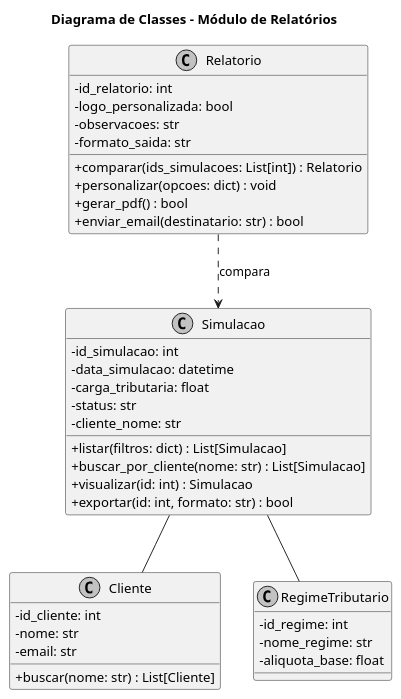
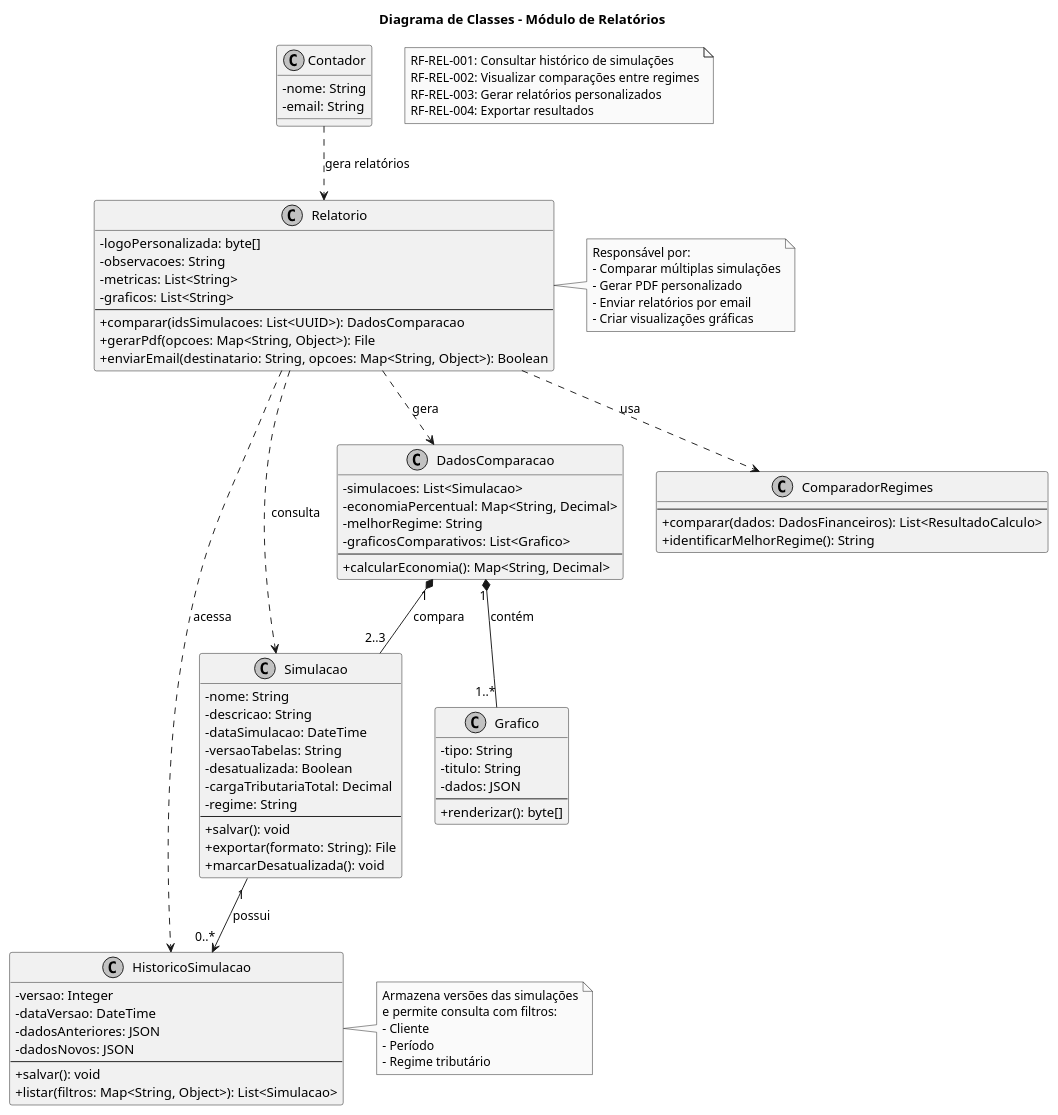
The diagram in specs/diagrams/classes/diagrama_modulos_relatorio.puml (araujofs/sst), drawn with PlantUML before and after one commit. The commit also changed 6 other files, not shown here.

Commit message:
feat: corrige diagramas de gabriel

```diff
--- a/specs/diagrams/classes/diagrama_modulos_relatorio.puml
+++ b/specs/diagrams/classes/diagrama_modulos_relatorio.puml
@@ -1,47 +1,103 @@
 @startuml
 skinparam classAttributeIconSize 0
 skinparam monochrome true
 
 title Diagrama de Classes - Módulo de Relatórios
 
-class Cliente {
-    - id_cliente: int
-    - nome: str
-    - email: str
-    + buscar(nome: str) : List[Cliente]
-}
+note as N1
+  RF-REL-001: Consultar histórico de simulações
+  RF-REL-002: Visualizar comparações entre regimes
+  RF-REL-003: Gerar relatórios personalizados
+  RF-REL-004: Exportar resultados
+end note
 
-class RegimeTributario {
-    - id_regime: int
-    - nome_regime: str
-    - aliquota_base: float
+class Contador {
+    - nome: String
+    - email: String
 }
 
 class Simulacao {
-    - id_simulacao: int
-    - data_simulacao: datetime
-    - carga_tributaria: float
-    - status: str
-    - cliente_nome: str
-    + listar(filtros: dict) : List[Simulacao]
-    + buscar_por_cliente(nome: str) : List[Simulacao]
-    + visualizar(id: int) : Simulacao
-    + exportar(id: int, formato: str) : bool
+    - nome: String
+    - descricao: String
+    - dataSimulacao: DateTime
+    - versaoTabelas: String
+    - desatualizada: Boolean
+    - cargaTributariaTotal: Decimal
+    - regime: String
+    --
+    + salvar(): void
+    + exportar(formato: String): File
+    + marcarDesatualizada(): void
+}
+
+class HistoricoSimulacao {
+    - versao: Integer
+    - dataVersao: DateTime
+    - dadosAnteriores: JSON
+    - dadosNovos: JSON
+    --
+    + salvar(): void
+    + listar(filtros: Map<String, Object>): List<Simulacao>
 }
 
 class Relatorio {
-    - id_relatorio: int
-    - logo_personalizada: bool
-    - observacoes: str
-    - formato_saida: str
-    + comparar(ids_simulacoes: List[int]) : Relatorio
-    + personalizar(opcoes: dict) : void
-    + gerar_pdf() : bool
-    + enviar_email(destinatario: str) : bool
+    - logoPersonalizada: byte[]
+    - observacoes: String
+    - metricas: List<String>
+    - graficos: List<String>
+    --
+    + comparar(idsSimulacoes: List<UUID>): DadosComparacao
+    + gerarPdf(opcoes: Map<String, Object>): File
+    + enviarEmail(destinatario: String, opcoes: Map<String, Object>): Boolean
 }
 
-' Relacionamentos simples como no padrão do professor
-Simulacao -- Cliente
-Simulacao -- RegimeTributario
-Relatorio ..> Simulacao : compara
+class DadosComparacao {
+    - simulacoes: List<Simulacao>
+    - economiaPercentual: Map<String, Decimal>
+    - melhorRegime: String
+    - graficosComparativos: List<Grafico>
+    --
+    + calcularEconomia(): Map<String, Decimal>
+}
+
+class Grafico {
+    - tipo: String
+    - titulo: String
+    - dados: JSON
+    --
+    + renderizar(): byte[]
+}
+
+class ComparadorRegimes {
+    --
+    + comparar(dados: DadosFinanceiros): List<ResultadoCalculo>
+    + identificarMelhorRegime(): String
+}
+
+' Relacionamentos
+Contador ..> Relatorio : "gera relatórios"
+Relatorio ..> Simulacao : "consulta"
+Relatorio ..> HistoricoSimulacao : "acessa"
+Relatorio ..> ComparadorRegimes : "usa"
+Relatorio ..> DadosComparacao : "gera"
+DadosComparacao "1" *-- "2..3" Simulacao : "compara"
+DadosComparacao "1" *-- "1..*" Grafico : "contém"
+Simulacao "1" --> "0..*" HistoricoSimulacao : "possui"
+
+note right of Relatorio
+  Responsável por:
+  - Comparar múltiplas simulações
+  - Gerar PDF personalizado
+  - Enviar relatórios por email
+  - Criar visualizações gráficas
+end note
+
+note right of HistoricoSimulacao
+  Armazena versões das simulações
+  e permite consulta com filtros:
+  - Cliente
+  - Período
+  - Regime tributário
+end note
+
 @enduml
```
